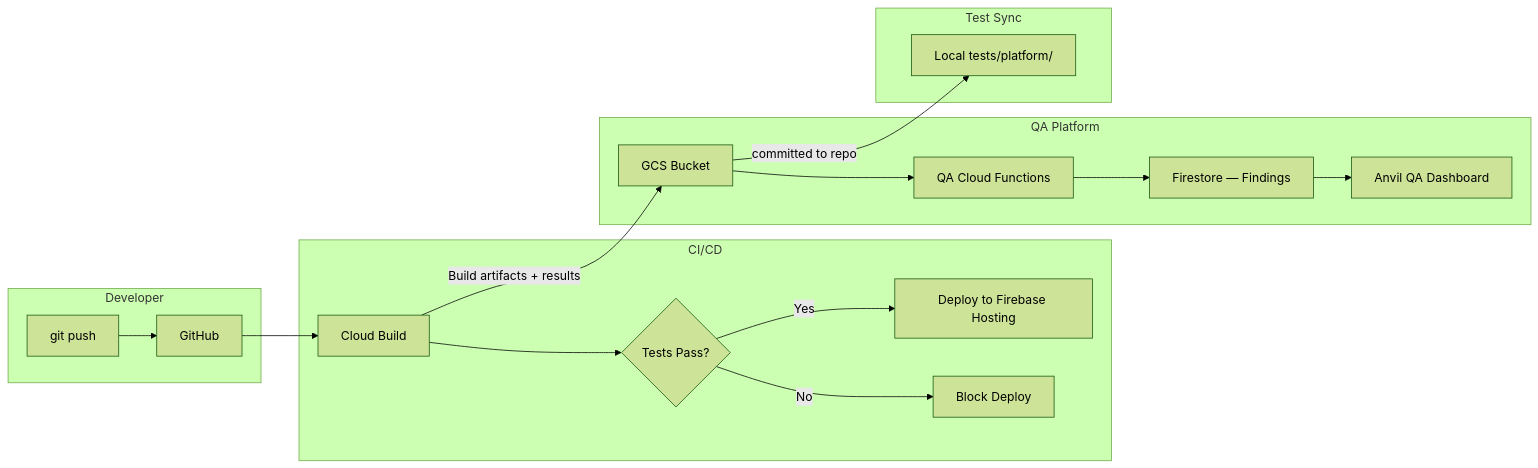
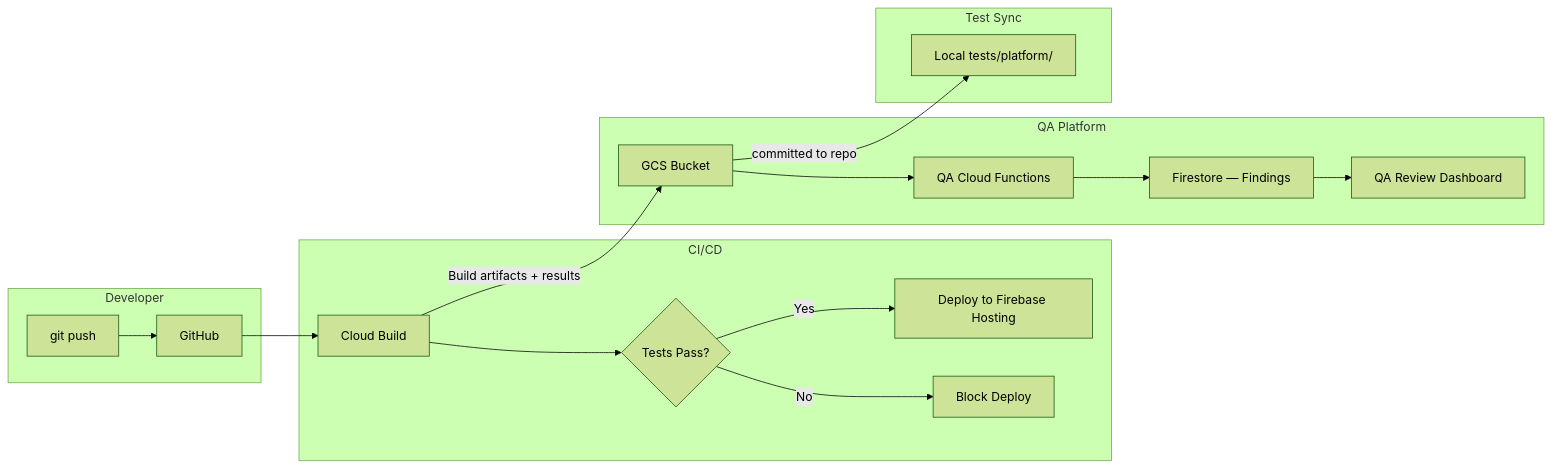
One commit to Sparfuchs-Corporation/sparfuchs-qa changed the first of 2 diagrams in docs/QA-ARCHITECTURE.md. Above: the diagram before and after it, drawn with Mermaid (forest theme). The commit also changed other lines of this file and 5 other files, not shown here.

````diff
--- a/docs/QA-ARCHITECTURE.md
+++ b/docs/QA-ARCHITECTURE.md
@@ -11,24 +11,24 @@
 ```mermaid
 flowchart LR
     subgraph Developer
         A[git push] --> B[GitHub]
     end
 
     subgraph CI/CD
         B --> C[Cloud Build]
         C --> D{Tests Pass?}
         D -->|Yes| E[Deploy to Firebase Hosting]
         D -->|No| F[Block Deploy]
     end
 
     subgraph QA Platform
         C -->|Build artifacts + results| G[GCS Bucket]
         G --> H[QA Cloud Functions]
         H --> I[Firestore — Findings]
-        I --> J[Anvil QA Dashboard]
+        I --> J[QA Review Dashboard]
     end
 
     subgraph Test Sync
         G -->|committed to repo| K[Local tests/platform/]
     end
 ```
````
